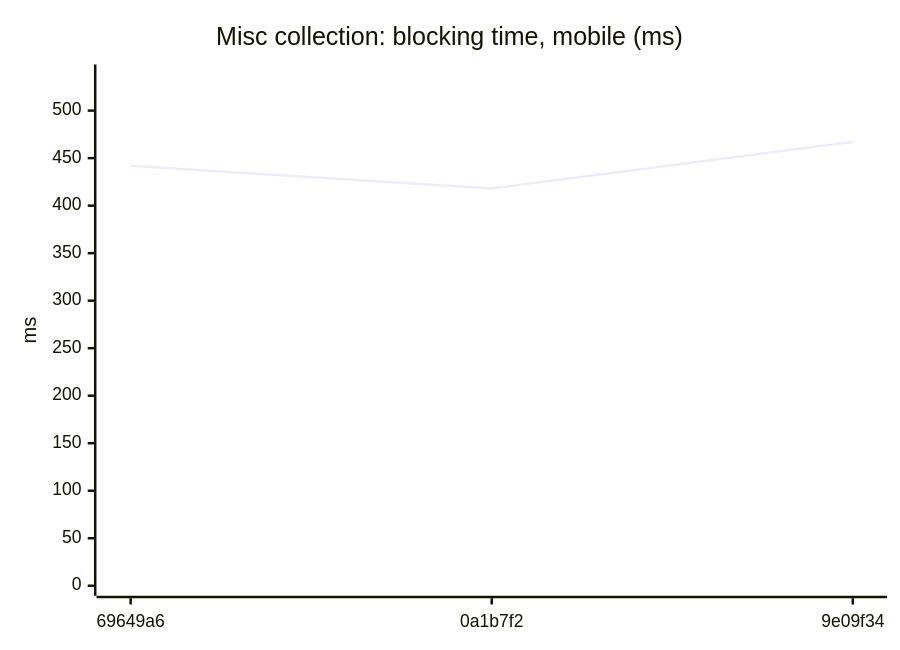
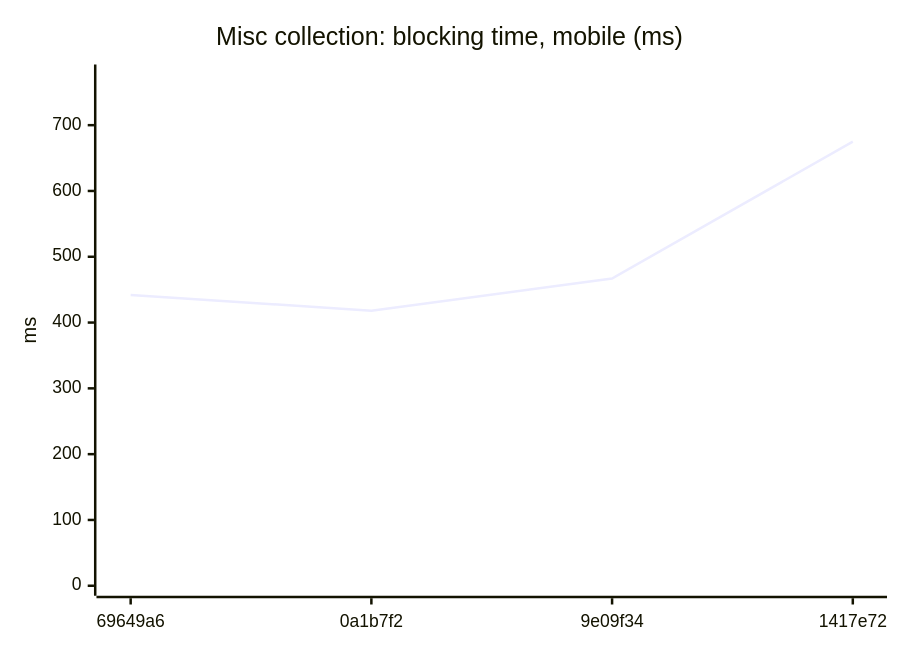
The tenth of 18 diagrams in README.md (AxelUser/maltsev.space), drawn with Mermaid before and after one commit. The commit also changed other lines of this file and 1 other file, not shown here.

````diff
--- a/README.md
+++ b/README.md
@@ -115,7 +115,7 @@
 ```mermaid
 xychart-beta
   title "Misc collection: blocking time, mobile (ms)"
-  x-axis ["69649a6", "0a1b7f2", "9e09f34"]
-  y-axis "ms" 0 --> 538
-  line [442, 418, 467]
+  x-axis ["69649a6", "0a1b7f2", "9e09f34", "1417e72"]
+  y-axis "ms" 0 --> 777
+  line [442, 418, 467, 675]
 ```
````
